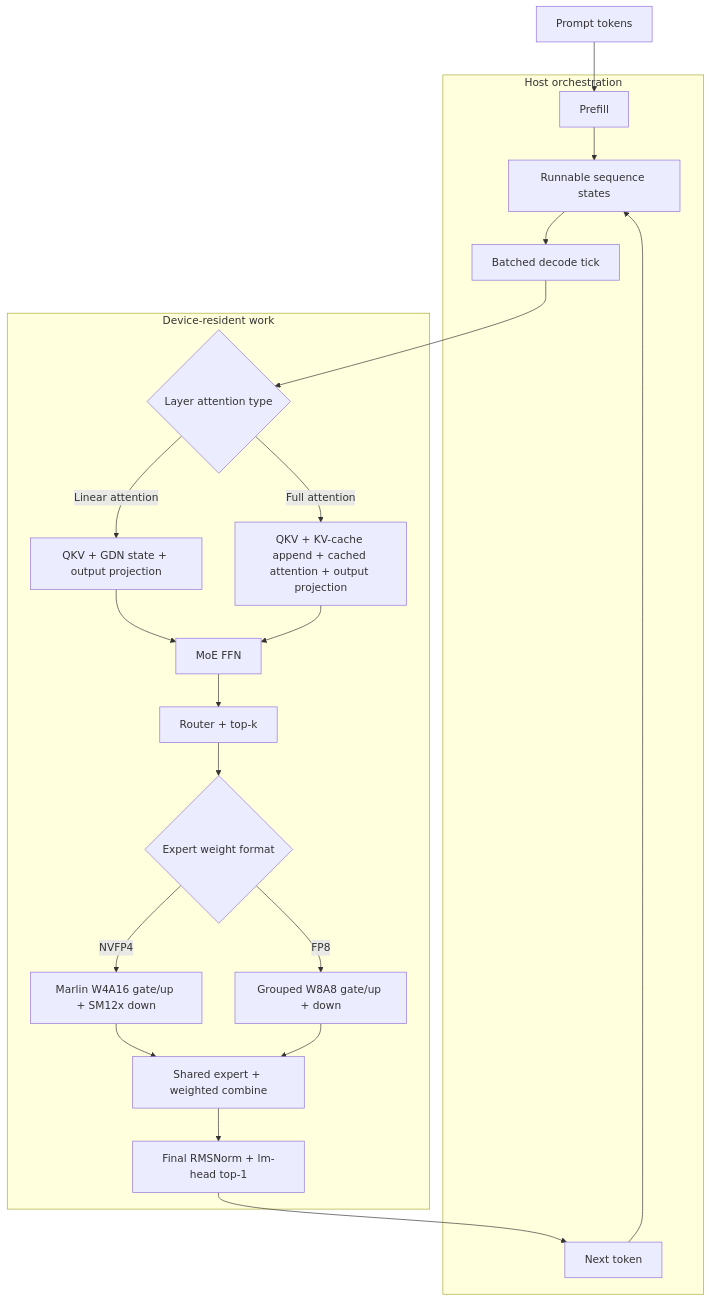
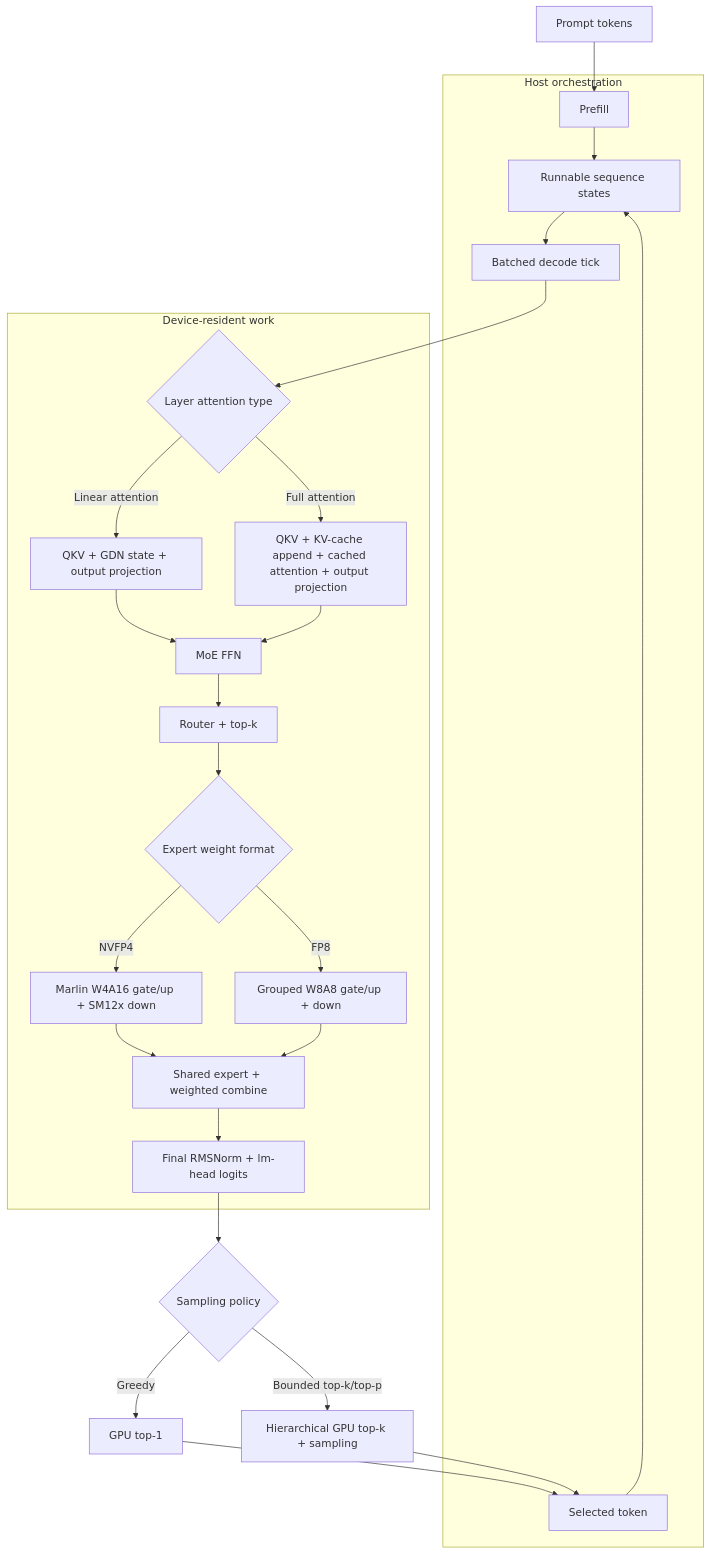
Before and after one commit to rdaum/eider: the diagram in README.md, drawn with Mermaid. The commit also changed other lines of this file and 8 other files, not shown here.

First line of the commit message:
perf(infer): keep bounded token sampling on GPU

````diff
--- a/README.md
+++ b/README.md
@@ -220,39 +227,43 @@
 ```mermaid
 flowchart TD
     A[Prompt tokens] --> B[Prefill]
     B --> C[Runnable sequence states]
     C --> D[Batched decode tick]
     D --> E{Layer attention type}
     E -->|Linear attention| F[QKV + GDN state + output projection]
     E -->|Full attention| G[QKV + KV-cache append + cached attention + output projection]
     F --> H[MoE FFN]
     G --> H
     H --> I[Router + top-k]
     I --> J{Expert weight format}
     J -->|NVFP4| K[Marlin W4A16 gate/up + SM12x down]
     J -->|FP8| L[Grouped W8A8 gate/up + down]
     K --> M[Shared expert + weighted combine]
     L --> M
-    M --> N[Final RMSNorm + lm-head top-1]
-    N --> O[Next token]
+    M --> N[Final RMSNorm + lm-head logits]
+    N --> P{Sampling policy}
+    P -->|Greedy| Q[GPU top-1]
+    P -->|Bounded top-k/top-p| R[Hierarchical GPU top-k + sampling]
+    Q --> O[Selected token]
+    R --> O
     O --> C
 
     subgraph Host[Host orchestration]
         B
         C
         D
         O
     end
     subgraph Device[Device-resident work]
         E
         F
         G
         H
         I
         J
         K
         L
         M
         N
     end
 ```
````
